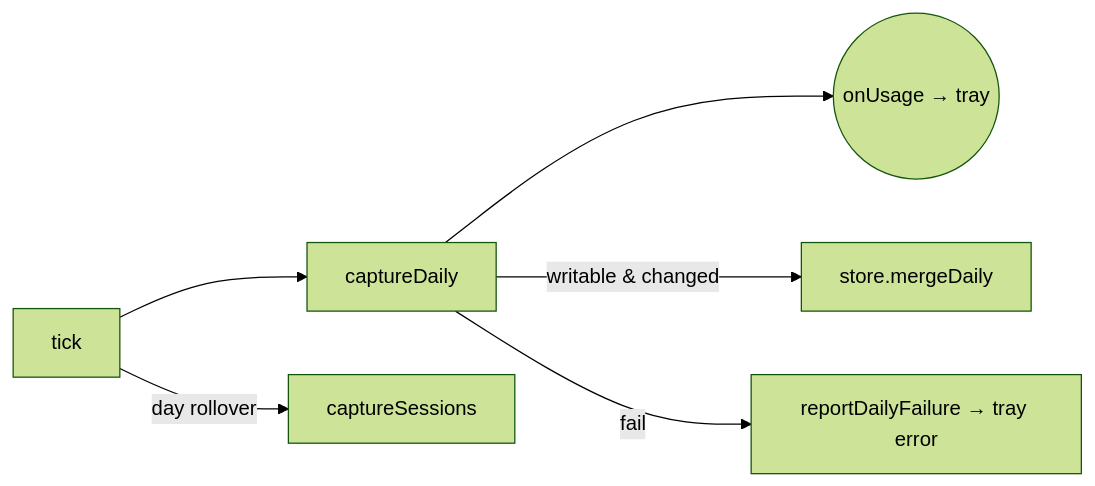
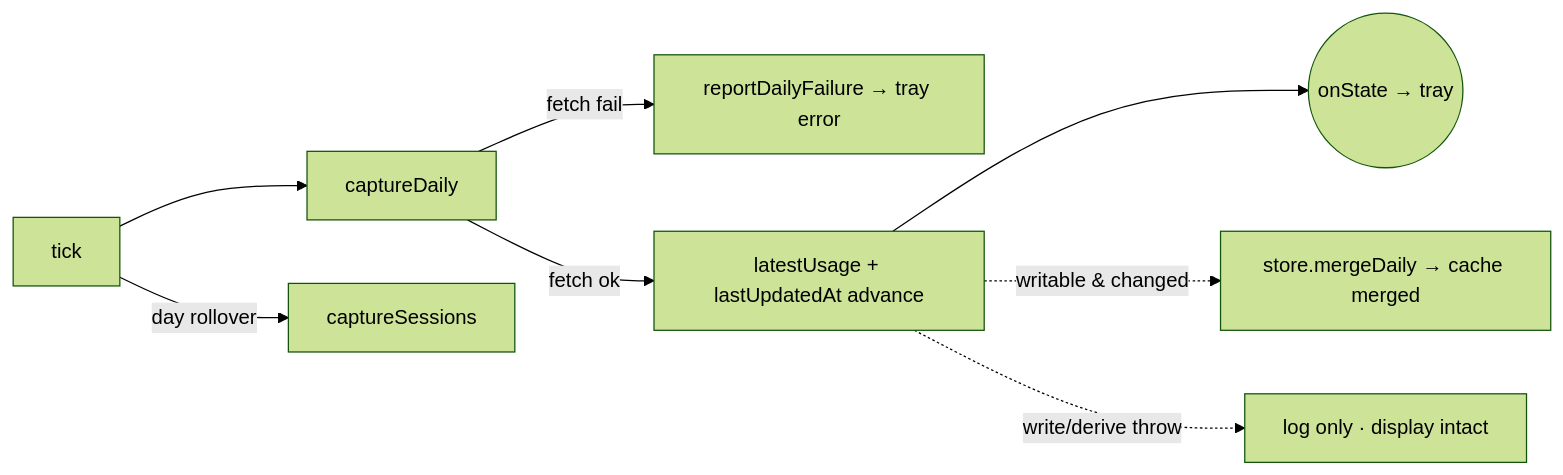
The diagram in docs/modules/capture-service.md (tangentlin/burnbar), drawn with Mermaid (forest theme) before and after one commit. The commit also changed other lines of this file and 36 other files, not shown here.

````diff
--- a/docs/modules/capture-service.md
+++ b/docs/modules/capture-service.md
@@ -36,8 +44,10 @@
 ```mermaid
 flowchart LR
   tick --> daily[captureDaily]
-  daily --> tray((onUsage → tray))
-  daily -->|writable & changed| merge[store.mergeDaily]
+  daily -->|fetch fail| err[reportDailyFailure → tray error]
+  daily -->|fetch ok| disp[latestUsage + lastUpdatedAt advance]
+  disp --> push((onState → tray))
+  disp -.->|writable & changed| merge[store.mergeDaily → cache merged]
+  disp -.->|write/derive throw| log[log only · display intact]
   tick -->|day rollover| sessions[captureSessions]
-  daily -->|fail| err[reportDailyFailure → tray error]
 ```
````
